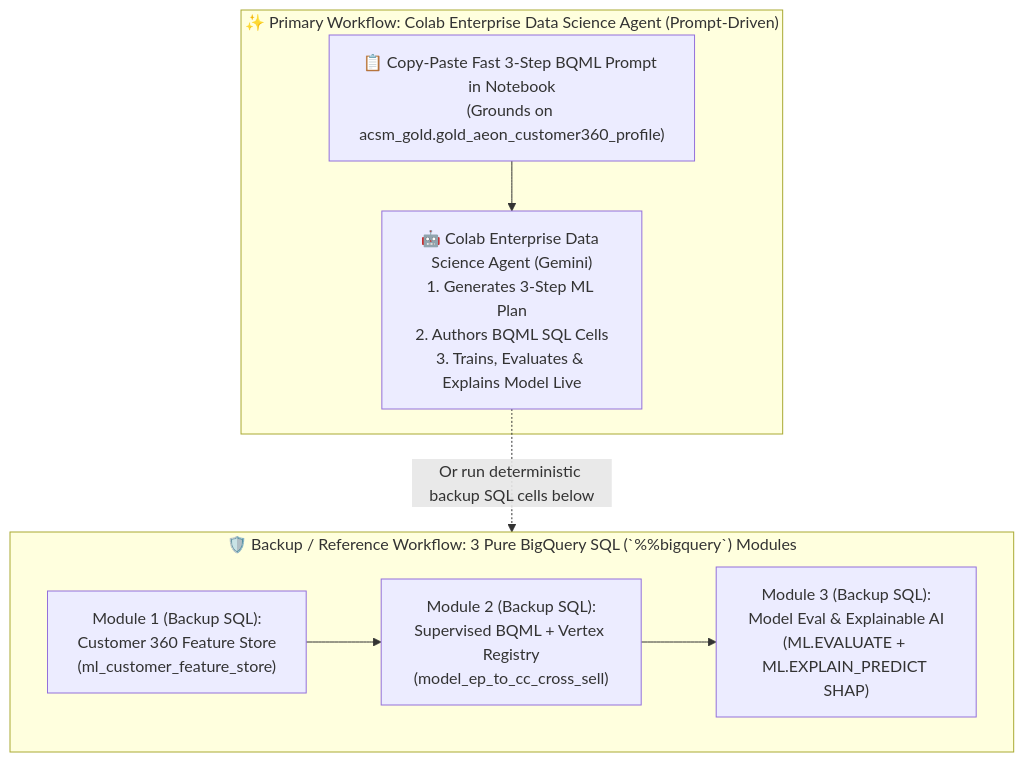
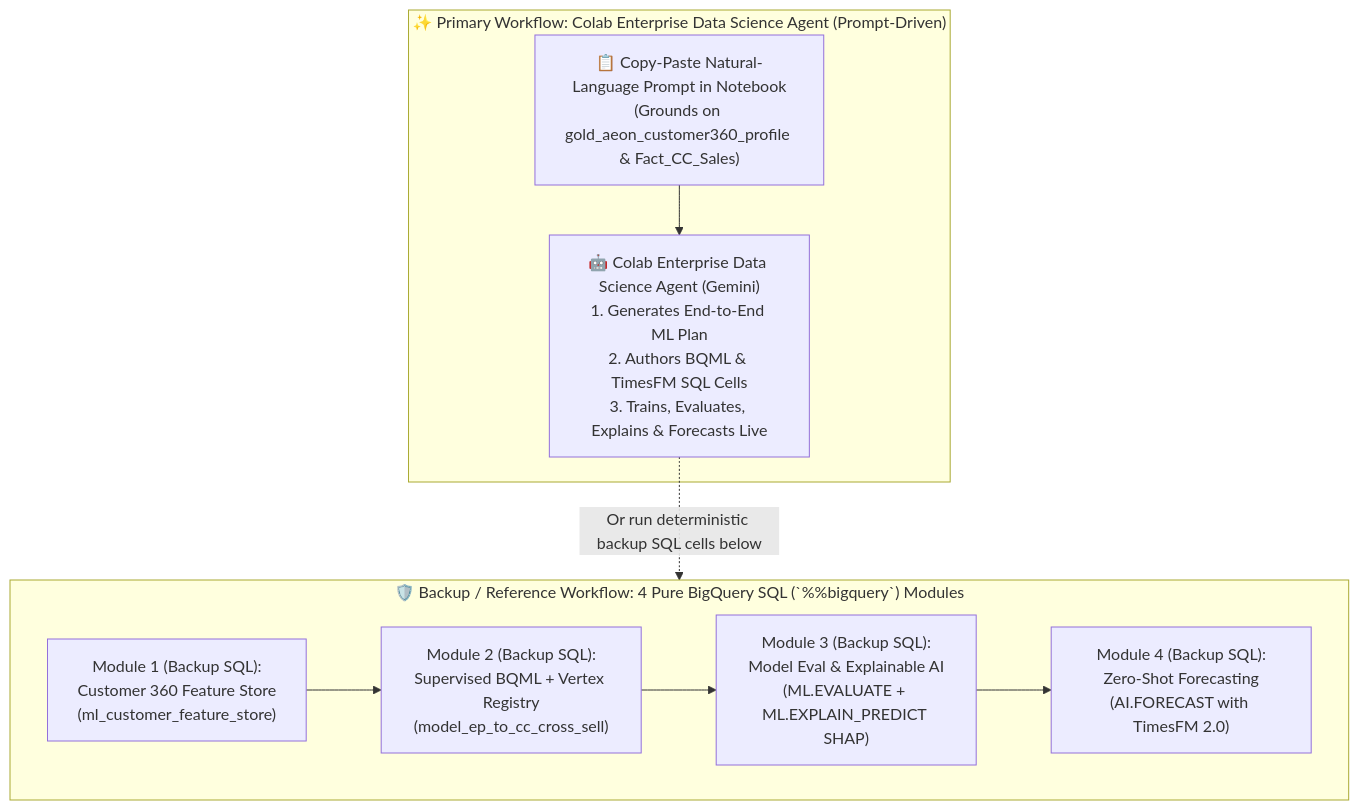
Before and after one commit to arvind-dhariwal/aeon-credit-gcp-workshop: the diagram in track2_ml_development/walkthroughs/01_BigQuery_ML_Credit_Risk_CrossSell_and_GraphRAG_Walkthrough.md, drawn with Mermaid. The commit also changed other lines of this file and 8 other files, not shown here.

Commit message:
feat(governance,ml): add declarative Business Glossary YAML (business_glossary_acsm.yaml) and TimesFM 2.0 forecasting

````diff
--- a/track2_ml_development/walkthroughs/01_BigQuery_ML_Credit_Risk_CrossSell_and_GraphRAG_Walkthrough.md
+++ b/track2_ml_development/walkthroughs/01_BigQuery_ML_Credit_Risk_CrossSell_and_GraphRAG_Walkthrough.md
@@ -25,18 +25,19 @@
 ```mermaid
 flowchart TB
   subgraph PRIMARY["✨ Primary Workflow: Colab Enterprise Data Science Agent (Prompt-Driven)"]
-    PROMPT["📋 Copy-Paste Fast 3-Step BQML Prompt in Notebook\n(Grounds on acsm_gold.gold_aeon_customer360_profile)"]
-    AGENT["🤖 Colab Enterprise Data Science Agent (Gemini)\n1. Generates 3-Step ML Plan\n2. Authors BQML SQL Cells\n3. Trains, Evaluates & Explains Model Live"]
+    PROMPT["📋 Copy-Paste Natural-Language Prompt in Notebook\n(Grounds on gold_aeon_customer360_profile & Fact_CC_Sales)"]
+    AGENT["🤖 Colab Enterprise Data Science Agent (Gemini)\n1. Generates End-to-End ML Plan\n2. Authors BQML & TimesFM SQL Cells\n3. Trains, Evaluates, Explains & Forecasts Live"]
     PROMPT --> AGENT
   end
 
-  subgraph BACKUP["🛡️ Backup / Reference Workflow: 3 Pure BigQuery SQL (`%%bigquery`) Modules"]
+  subgraph BACKUP["🛡️ Backup / Reference Workflow: 4 Pure BigQuery SQL (`%%bigquery`) Modules"]
     direction LR
     M1["Module 1 (Backup SQL):\nCustomer 360 Feature Store\n(ml_customer_feature_store)"]
     M2["Module 2 (Backup SQL):\nSupervised BQML + Vertex Registry\n(model_ep_to_cc_cross_sell)"]
     M3["Module 3 (Backup SQL):\nModel Eval & Explainable AI\n(ML.EVALUATE + ML.EXPLAIN_PREDICT SHAP)"]
-    M1 --> M2 --> M3
+    M4["Module 4 (Backup SQL):\nZero-Shot Forecasting\n(AI.FORECAST with TimesFM 2.0)"]
+    M1 --> M2 --> M3 --> M4
   end
 
   AGENT -. "Or run deterministic backup SQL cells below" .-> BACKUP
 ```
````
